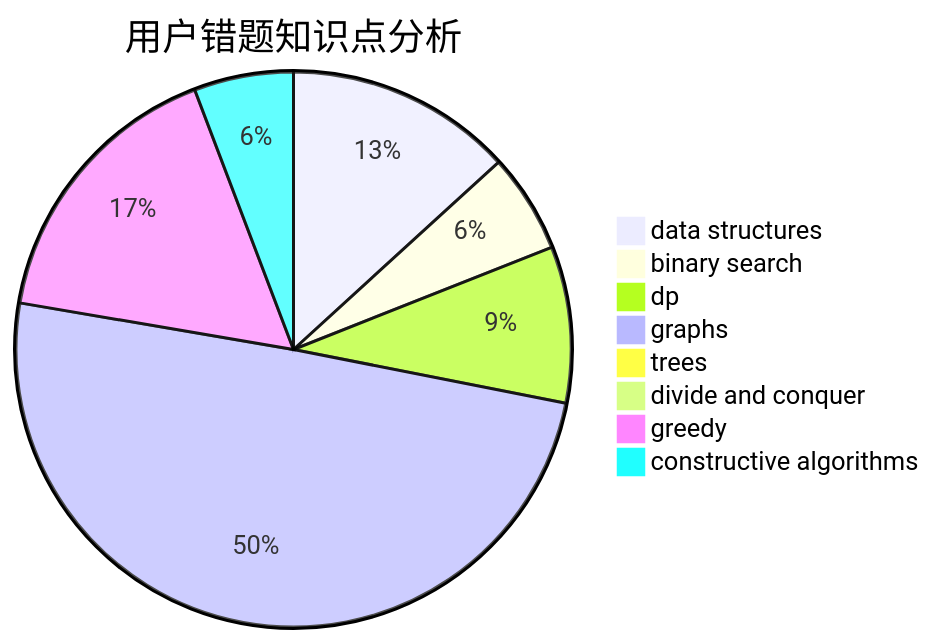
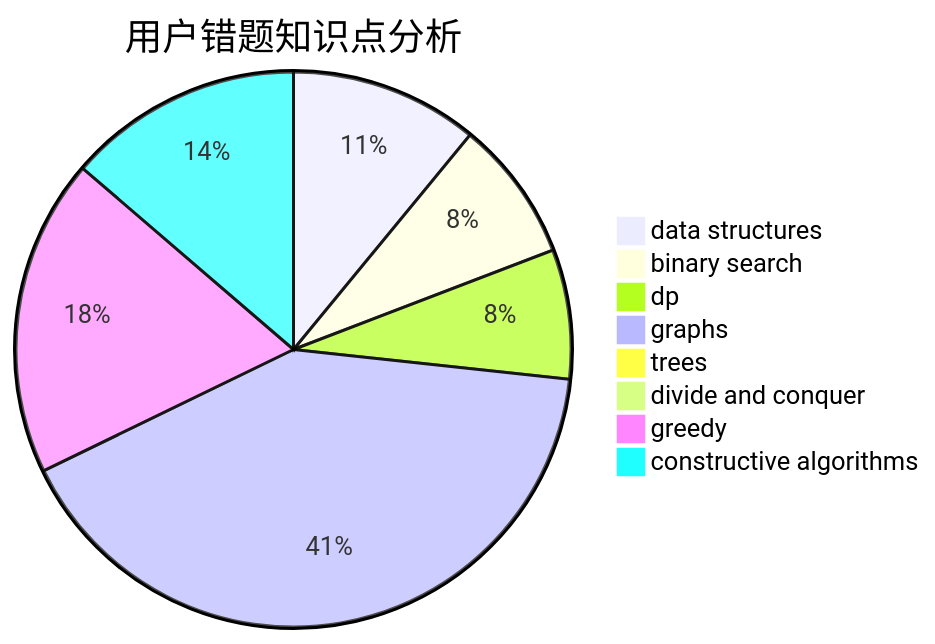
The third of 3 diagrams in docs/user/u466.md (sherpahu/cfrs.github.io), drawn with Mermaid before and after one commit. The commit also changed other lines of this file and 2770 other files, not shown here.

````diff
--- a/docs/user/u466.md
+++ b/docs/user/u466.md
@@ -36,11 +36,11 @@
 ```mermaid
 pie title 用户错题知识点分析
     "data structures" :  32
-    "binary search" :  14
+    "binary search" :  24
     "dp" :  22
     "graphs" :  120
     "trees" :  0
     "divide and conquer" :  0
-    "greedy" :  40
-    "constructive algorithms" :  14
+    "greedy" :  54
+    "constructive algorithms" :  40
 ```
````
